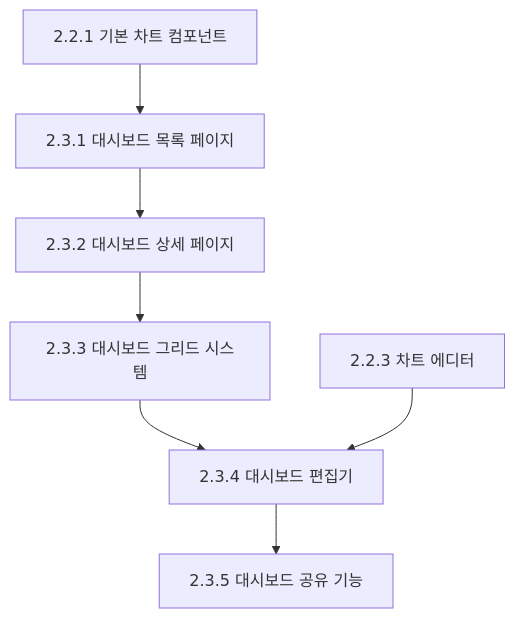
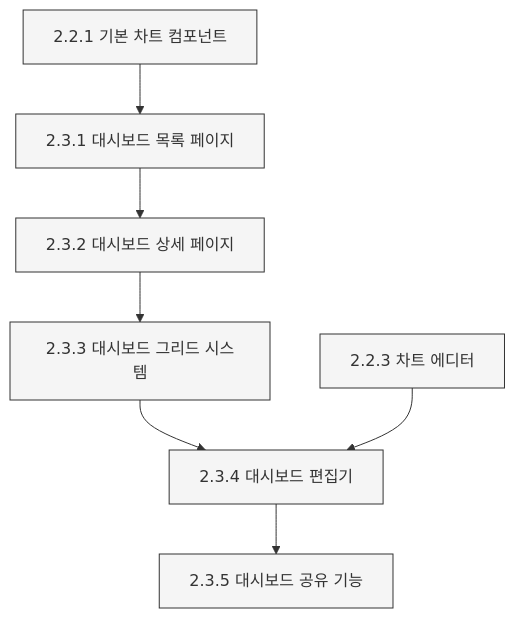
The sixth of 10 diagrams in ROADMAP.md (Seungwoo321/etorch-docs), drawn with Mermaid before and after one commit. The commit also changed other lines of this file, not shown here.

````diff
--- a/ROADMAP.md
+++ b/ROADMAP.md
@@ -350,9 +394,17 @@
 ```mermaid
 flowchart TD
     A[2.2.1 기본 차트 컴포넌트] --> B[2.3.1 대시보드 목록 페이지]
     B --> C[2.3.2 대시보드 상세 페이지]
     C --> D[2.3.3 대시보드 그리드 시스템]
     D --> E[2.3.4 대시보드 편집기]
     F[2.2.3 차트 에디터] --> E
     E --> G[2.3.5 대시보드 공유 기능]
+    
+    style A fill:#f5f5f5,stroke:#333,stroke-width:1px
+    style B fill:#f5f5f5,stroke:#333,stroke-width:1px
+    style C fill:#f5f5f5,stroke:#333,stroke-width:1px
+    style D fill:#f5f5f5,stroke:#333,stroke-width:1px
+    style E fill:#f5f5f5,stroke:#333,stroke-width:1px
+    style F fill:#f5f5f5,stroke:#333,stroke-width:1px
+    style G fill:#f5f5f5,stroke:#333,stroke-width:1px
 ```
````
